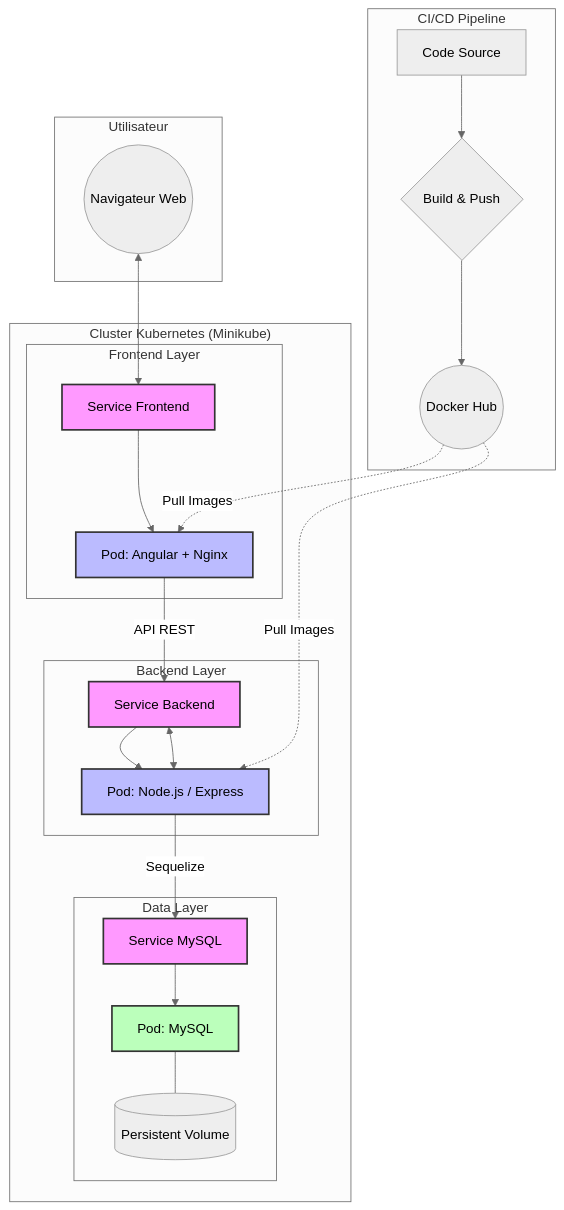
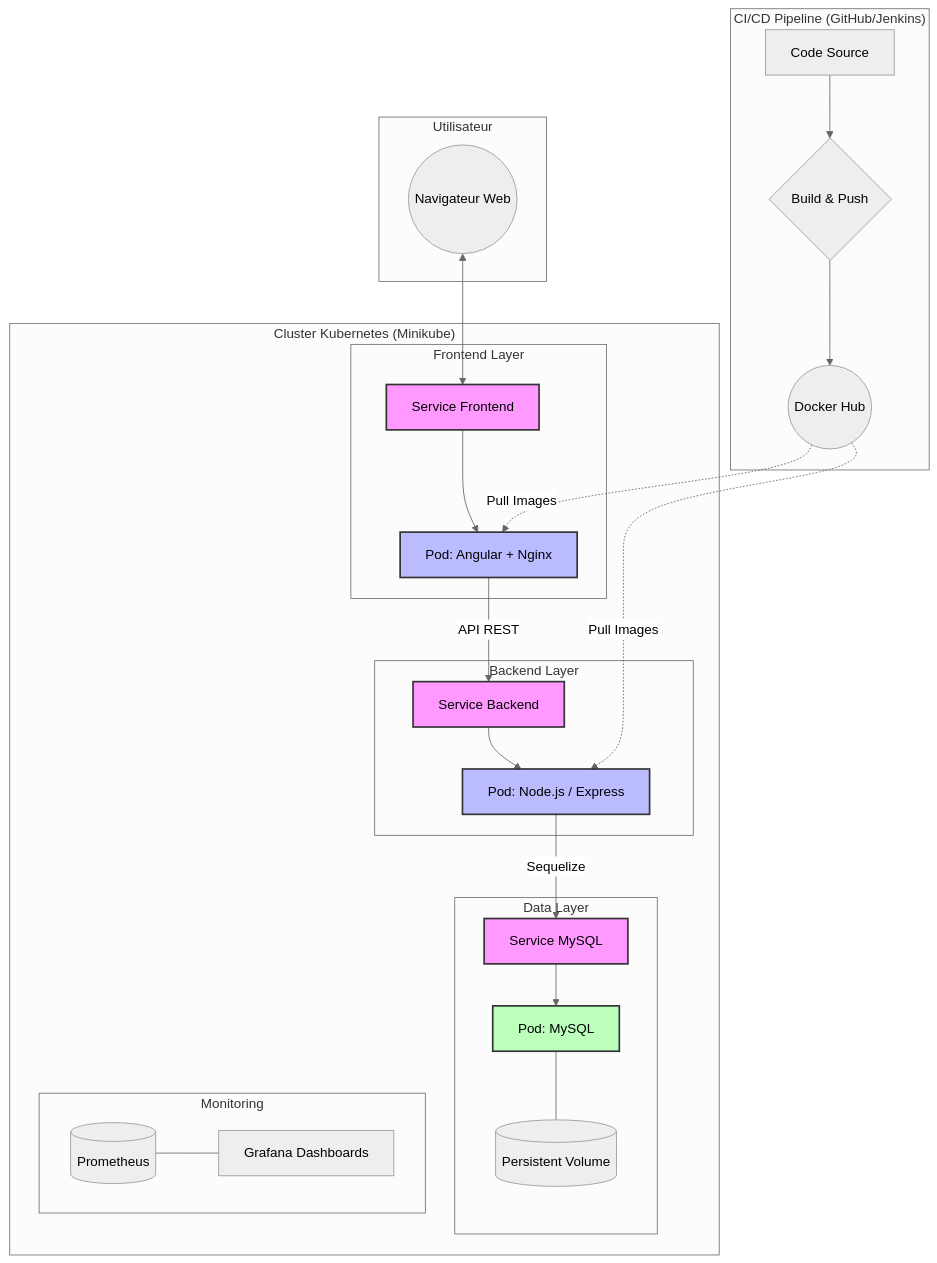
The diagram in README.md (manarkrid/EmployeesCicd), drawn with Mermaid (neutral theme) before and after one commit. The commit also changed other lines of this file and 1 other file, not shown here.

````diff
--- a/README.md
+++ b/README.md
@@ -21,40 +21,37 @@
 ```mermaid
 graph TD
     classDef infra fill:#f9f,stroke:#333,stroke-width:2px;
     classDef app fill:#bbf,stroke:#333,stroke-width:2px;
     classDef db fill:#bfb,stroke:#333,stroke-width:2px;
-
+    classDef cicd fill:#ffb,stroke:#333,stroke-width:2px;
     subgraph "Utilisateur"
         User((Navigateur Web))
     end
-
-    subgraph "CI/CD Pipeline"
+    subgraph "CI/CD Pipeline (GitHub/Jenkins)"
         Code[Code Source] --> Build{Build & Push}
         Build --> DHub((Docker Hub))
     end
-
     subgraph "Cluster Kubernetes (Minikube)"
         subgraph "Frontend Layer"
             FE_Svc[Service Frontend]:::infra
             FE_Svc --> FE_Pod[Pod: Angular + Nginx]:::app
         end
-
         subgraph "Backend Layer"
             BE_Svc[Service Backend]:::infra
             BE_Svc --> BE_Pod[Pod: Node.js / Express]:::app
         end
-
         subgraph "Data Layer"
             DB_Svc[Service MySQL]:::infra
             DB_Svc --> DB_Pod[Pod: MySQL]:::db
             DB_Pod --- PV[(Persistent Volume)]
         end
+        subgraph "Monitoring"
+            Prom[(Prometheus)] --- Graf[Grafana Dashboards]
+        end
     end
-
     User <--> FE_Svc
     FE_Pod -- API REST --> BE_Svc
-    BE_Svc <--> BE_Pod
     BE_Pod -- Sequelize --> DB_Svc
     DHub -. Pull Images .-> FE_Pod
     DHub -. Pull Images .-> BE_Pod
 ```
````
